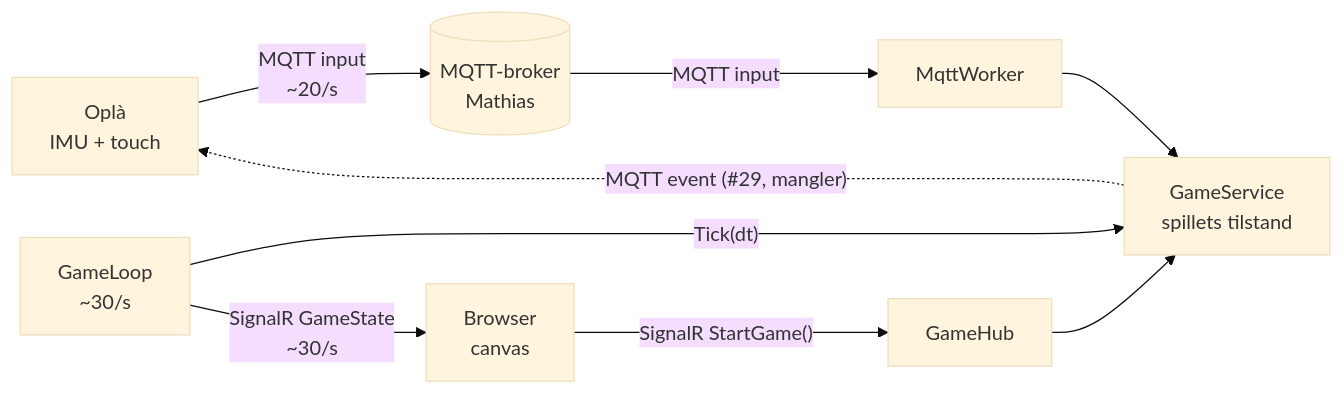
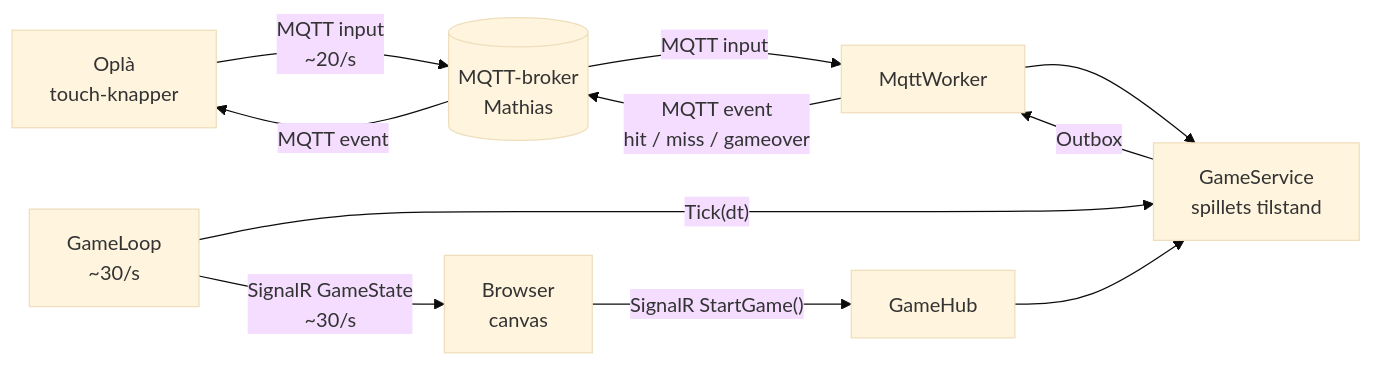
The diagram in docs/DATAFLOW.md (Mercantec-GHC/H3-TamaPal), drawn with Mermaid (base theme) before and after one commit. The commit also changed other lines of this file and 1 other file, not shown here.

````diff
--- a/docs/DATAFLOW.md
+++ b/docs/DATAFLOW.md
@@ -6,10 +6,12 @@
 ```mermaid
 flowchart LR
-    O[Oplà<br/>IMU + touch] -- "MQTT input<br/>~20/s" --> B[(MQTT-broker<br/>Mathias)]
+    O[Oplà<br/>touch-knapper] -- "MQTT input<br/>~20/s" --> B[(MQTT-broker<br/>Mathias)]
     B -- "MQTT input" --> M[MqttWorker]
     M --> G[GameService<br/>spillets tilstand]
     L[GameLoop<br/>~30/s] -- "Tick(dt)" --> G
     L -- "SignalR GameState<br/>~30/s" --> F[Browser<br/>canvas]
     F -- "SignalR StartGame()" --> H[GameHub] --> G
-    G -. "MQTT event (#29, mangler)" .-> O
+    G -- "Outbox" --> M
+    M -- "MQTT event<br/>hit / miss / gameover" --> B
+    B -- "MQTT event" --> O
 ```
````
